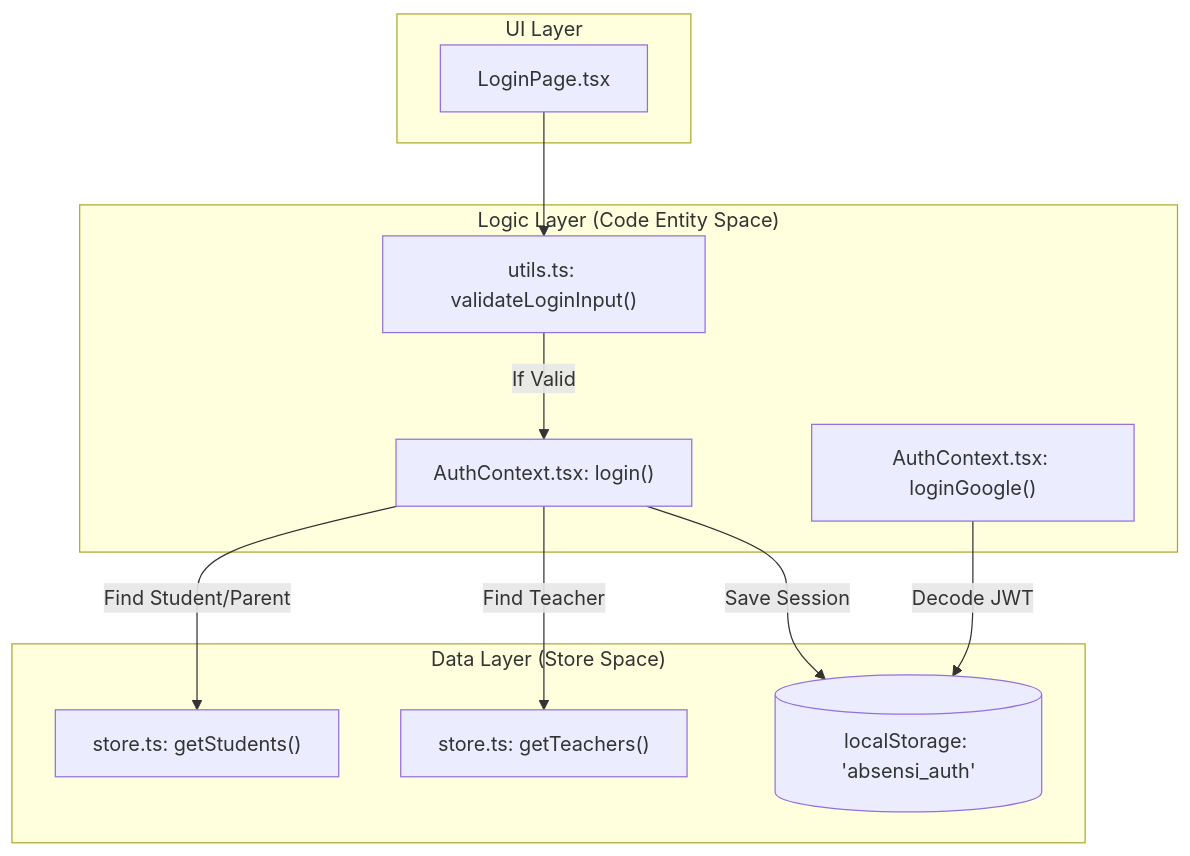
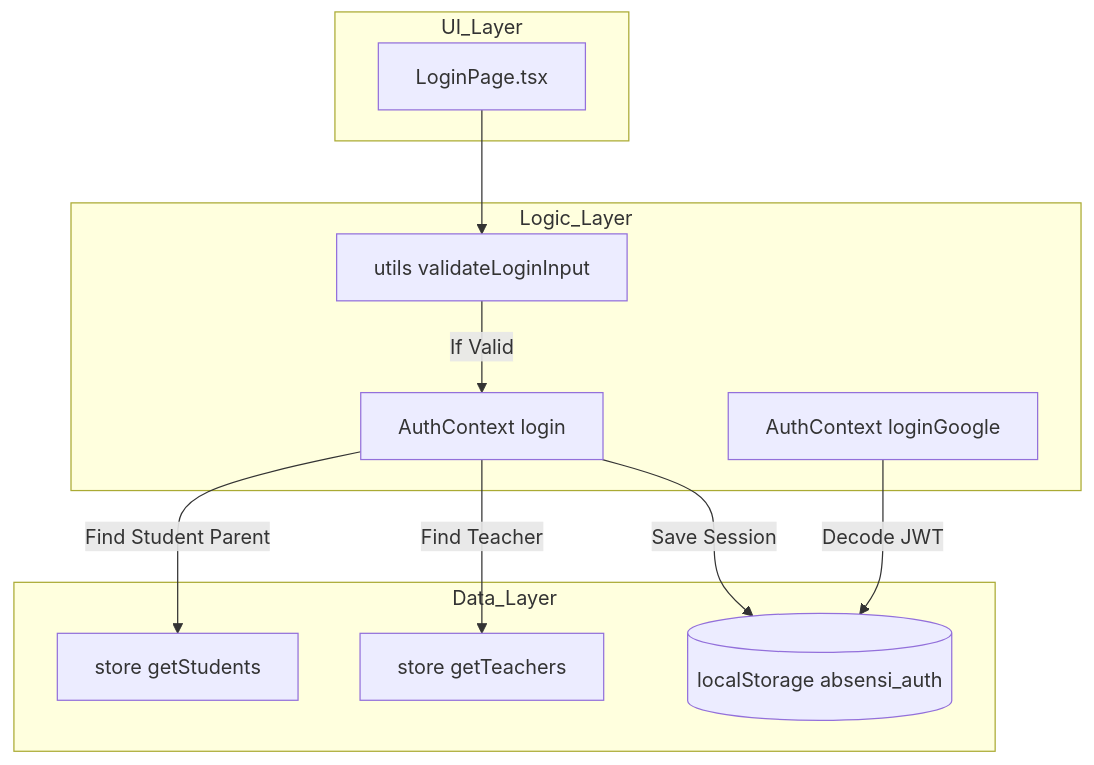
One commit to Delta-Polder-Indonesia/siakad-sekolah changed the seventh of 24 diagrams in README.md. Above: the diagram before and after it, drawn with Mermaid. The commit also changed other lines of this file and 13 other files, not shown here.

````diff
--- a/README.md
+++ b/README.md
@@ -522,25 +522,25 @@
 ```mermaid
 graph TD
-    subgraph "UI Layer"
+    subgraph UI_Layer
         LP["LoginPage.tsx"]
     end
 
-    subgraph "Logic Layer (Code Entity Space)"
-        AC["AuthContext.tsx: login()"]
-        GG["AuthContext.tsx: loginGoogle()"]
-        VAL["utils.ts: validateLoginInput()"]
+    subgraph Logic_Layer
+        AC["AuthContext login"]
+        GG["AuthContext loginGoogle"]
+        VAL["utils validateLoginInput"]
     end
 
-    subgraph "Data Layer (Store Space)"
-        ST["store.ts: getStudents()"]
-        TC["store.ts: getTeachers()"]
-        LS[("localStorage: 'absensi_auth'")]
+    subgraph Data_Layer
+        ST["store getStudents"]
+        TC["store getTeachers"]
+        LS[("localStorage absensi_auth")]
     end
 
     LP --> VAL
-    VAL -- "If Valid" --> AC
-    AC -- "Find Teacher" --> TC
-    AC -- "Find Student/Parent" --> ST
-    AC -- "Save Session" --> LS
-    GG -- "Decode JWT" --> LS
+    VAL -- If Valid --> AC
+    AC -- Find Teacher --> TC
+    AC -- Find Student Parent --> ST
+    AC -- Save Session --> LS
+    GG -- Decode JWT --> LS
 ```
````
